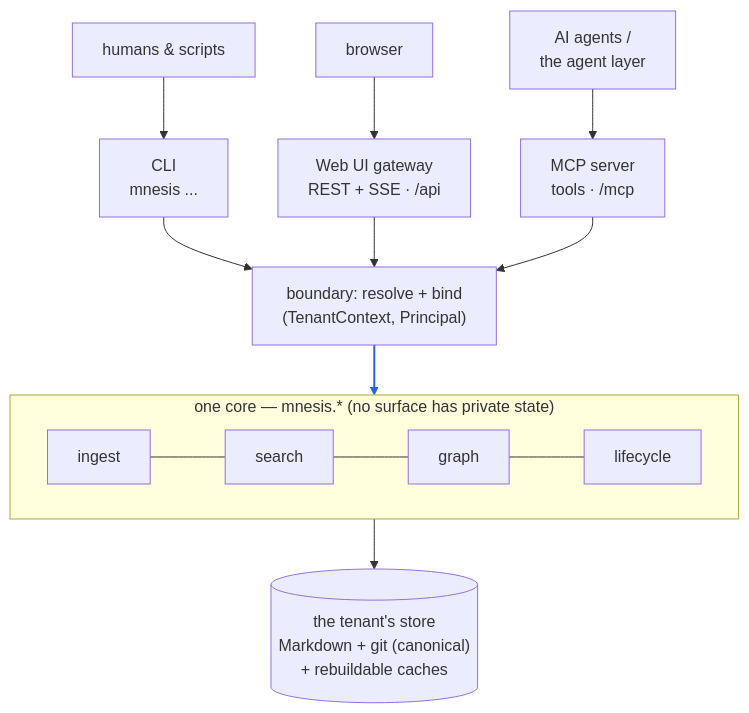
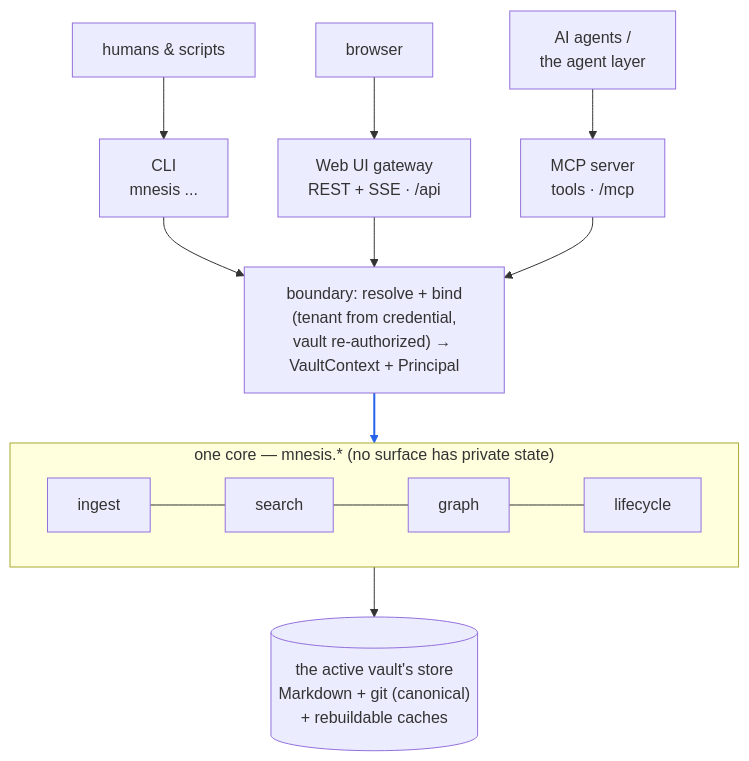
The second of 4 diagrams in README.md (djsecilla/mnesis), drawn with Mermaid before and after one commit. The commit also changed other lines of this file and 1 other file, not shown here.

````diff
--- a/README.md
+++ b/README.md
@@ -411,19 +419,19 @@
 ```mermaid
 flowchart TB
     H["humans &amp; scripts"] --> CLI["CLI<br/>mnesis ..."]
     BR["browser"] --> UI["Web UI gateway<br/>REST + SSE · /api"]
     AGW["AI agents /<br/>the agent layer"] --> MCP["MCP server<br/>tools · /mcp"]
 
     CLI --> BND
     UI --> BND
     MCP --> BND
-    BND["boundary: resolve + bind<br/>(TenantContext, Principal)"] --> CORE
+    BND["boundary: resolve + bind<br/>(tenant from credential,<br/>vault re-authorized) → VaultContext + Principal"] --> CORE
 
     subgraph CORE["one core — mnesis.* (no surface has private state)"]
         direction LR
         ING["ingest"] --- SRCH["search"] --- GR["graph"] --- LC["lifecycle"]
     end
 
-    CORE --> STORE[("the tenant's store<br/>Markdown + git (canonical)<br/>+ rebuildable caches")]
+    CORE --> STORE[("the active vault's store<br/>Markdown + git (canonical)<br/>+ rebuildable caches")]
     linkStyle 6 stroke:#2563eb,stroke-width:2px
 ```
````
